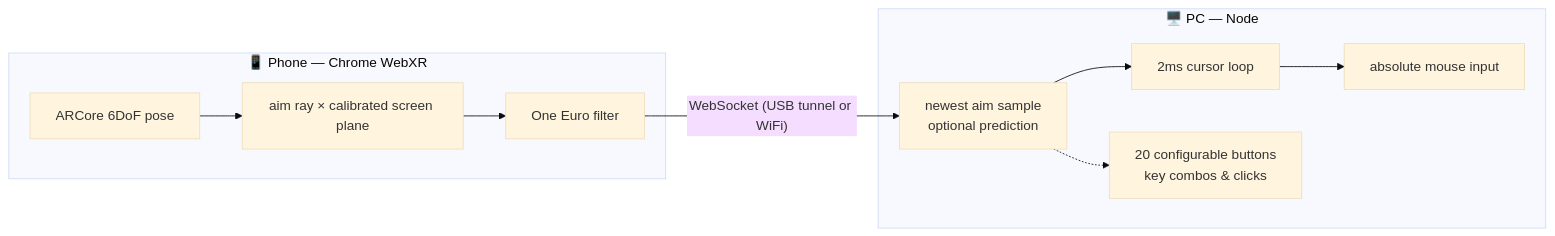
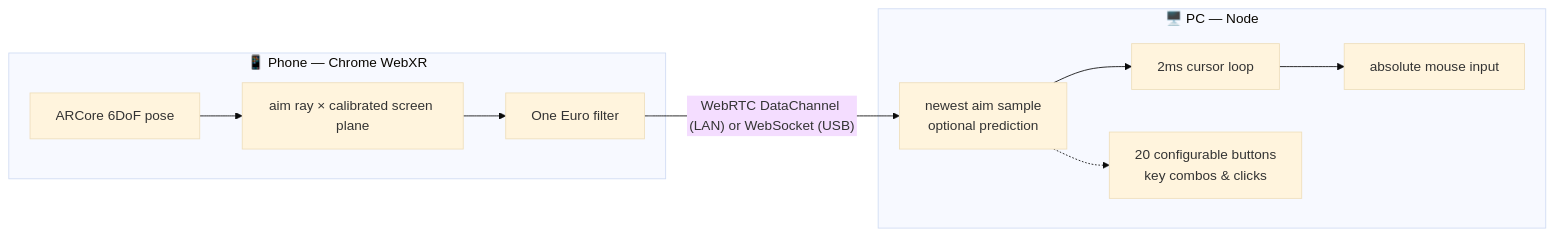
Before and after one commit to ggcaponetto/point-bang: the diagram in README.md, drawn with Mermaid (base theme). The commit also changed other lines of this file and 8 other files, not shown here.

````diff
--- a/README.md
+++ b/README.md
@@ -26,13 +55,13 @@
 ```mermaid
 flowchart LR
     subgraph phone [📱 Phone — Chrome WebXR]
         A[ARCore 6DoF pose] --> B[aim ray × calibrated screen plane]
         B --> C[One Euro filter]
     end
-    C -- "WebSocket (USB tunnel or WiFi)" --> D
+    C -- "WebRTC DataChannel (LAN) or WebSocket (USB)" --> D
     subgraph pc [🖥️ PC — Node]
         D[newest aim sample<br/>optional prediction] --> E[2ms cursor loop]
         E --> F[absolute mouse input]
         D -.-> G[20 configurable buttons<br/>key combos & clicks]
     end
 ```
````
